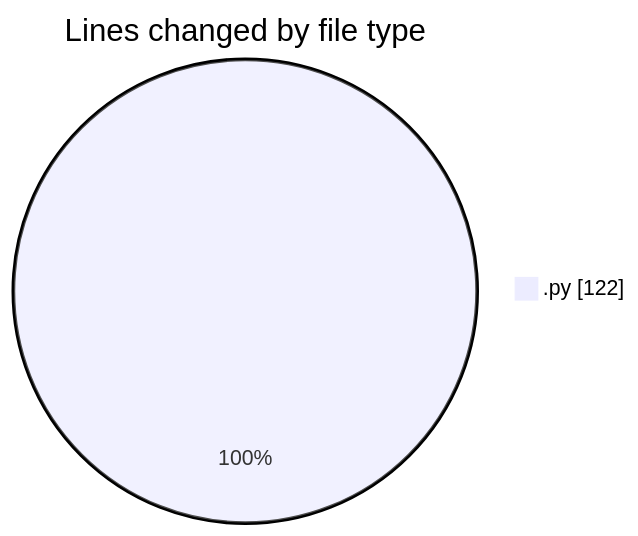
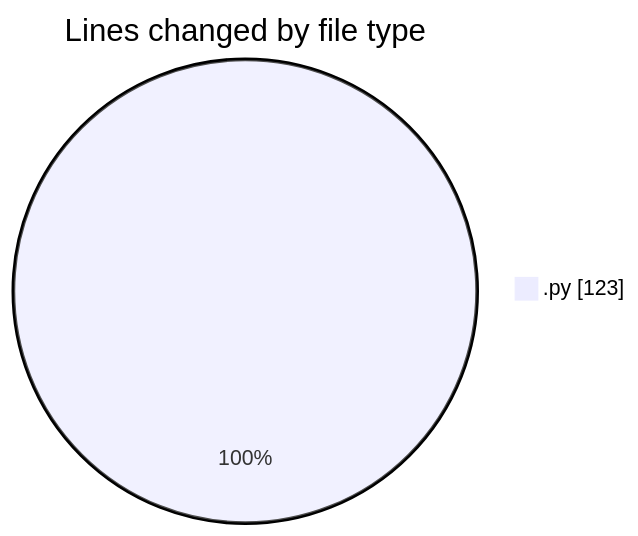
The first of 2 diagrams in 2025-03-28/synth_911data_gen/README.md (trdunsworth/code-tracking), drawn with Mermaid before and after one commit. The commit also changed other lines of this file and 1 other file, not shown here.

````diff
--- a/2025-03-28/synth_911data_gen/README.md
+++ b/2025-03-28/synth_911data_gen/README.md
@@ -20,5 +20,5 @@
 ```mermaid
 pie showData
 title Lines changed by file type
-".py" : 122
+".py" : 123
 ```
````
